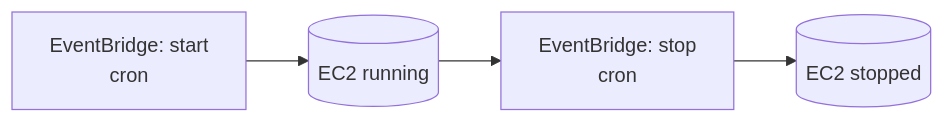
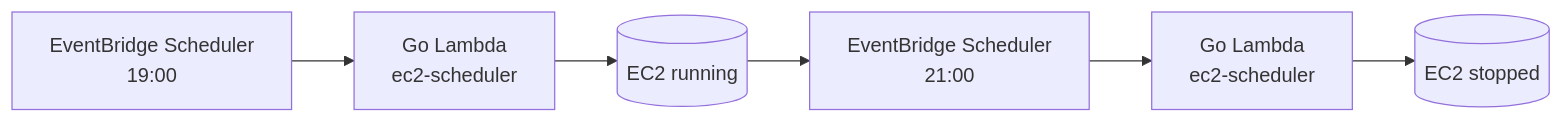
One commit to teddynted/ai-github-repository-blog-generator changed the diagram in docs/cost-optimization.md. Above: the diagram before and after it, drawn with Mermaid. The commit also changed other lines of this file and 10 other files, not shown here.

````diff
--- a/docs/cost-optimization.md
+++ b/docs/cost-optimization.md
@@ -13,6 +18,5 @@
 ```mermaid
 flowchart LR
-    START[EventBridge: start<br/>cron] --> EC2ON[(EC2 running)]
-    EC2ON --> STOP[EventBridge: stop<br/>cron]
-    STOP --> EC2OFF[(EC2 stopped)]
+    S1[EventBridge Scheduler<br/>19:00] --> L[Go Lambda<br/>ec2-scheduler] --> ON[(EC2 running)]
+    ON --> S2[EventBridge Scheduler<br/>21:00] --> L2[Go Lambda<br/>ec2-scheduler] --> OFF[(EC2 stopped)]
 ```
````
